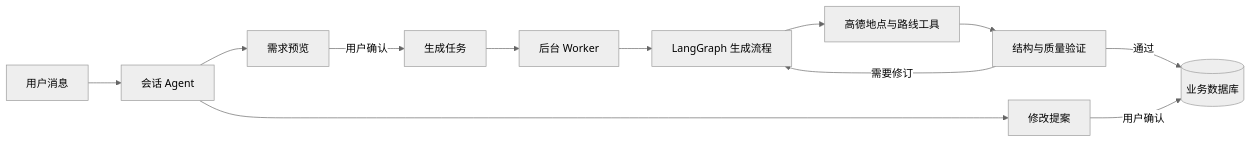
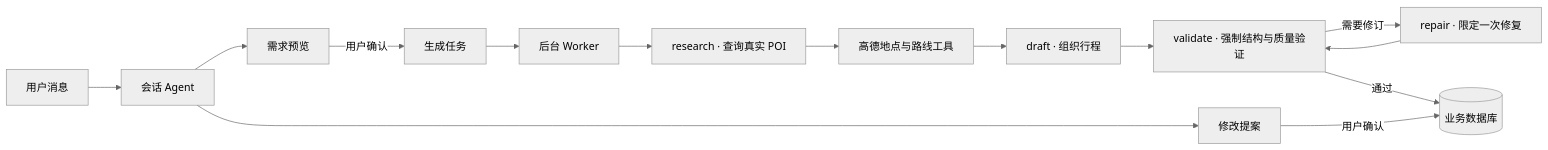
Before and after one commit to chosuicide/travelmind: the diagram in README.md, drawn with Mermaid (neutral theme). The commit also changed other lines of this file and 12 other files, not shown here.

````diff
--- a/README.md
+++ b/README.md
@@ -66,14 +66,16 @@
 ```mermaid
 flowchart LR
-    U[用户消息] --> C[会话 Agent]
-    C --> P[需求预览]
-    C --> M[修改提案]
-    P -->|用户确认| Q[生成任务]
-    Q --> W[后台 Worker]
-    W --> L[LangGraph 生成流程]
-    L --> T[高德地点与路线工具]
-    T --> V[结构与质量验证]
-    V -->|需要修订| L
-    V -->|通过| D[(业务数据库)]
+    U["用户消息"] --> C["会话 Agent"]
+    C --> P["需求预览"]
+    C --> M["修改提案"]
+    P -->|用户确认| Q["生成任务"]
+    Q --> W["后台 Worker"]
+    W --> R["research · 查询真实 POI"]
+    R --> T["高德地点与路线工具"]
+    T --> L["draft · 组织行程"]
+    L --> V["validate · 强制结构与质量验证"]
+    V -->|需要修订| X["repair · 限定一次修复"]
+    X --> V
+    V -->|通过| D[("业务数据库")]
     M -->|用户确认| D
 ```
````
